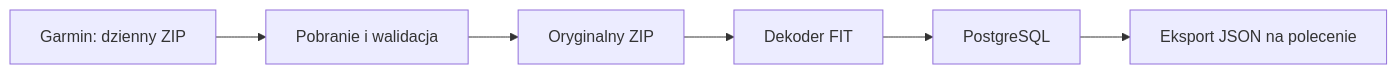
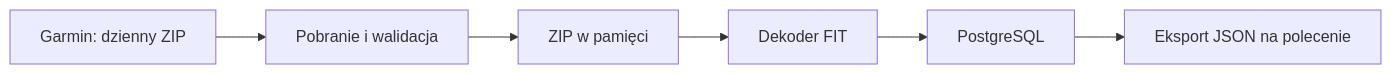
The second of 2 diagrams in docs/03-architecture.md (wiQ1999/GarminDatabase), drawn with Mermaid before and after one commit. The commit also changed other lines of this file and 30 other files, not shown here.

````diff
--- a/docs/03-architecture.md
+++ b/docs/03-architecture.md
@@ -65,8 +65,8 @@
 ```mermaid
 flowchart LR
     G[Garmin: dzienny ZIP] --> D[Pobranie i walidacja]
-    D --> R[Oryginalny ZIP]
+    D --> R[ZIP w pamięci]
     R --> P[Dekoder FIT]
     P --> S[PostgreSQL]
     S --> E[Eksport JSON na polecenie]
 ```
````
